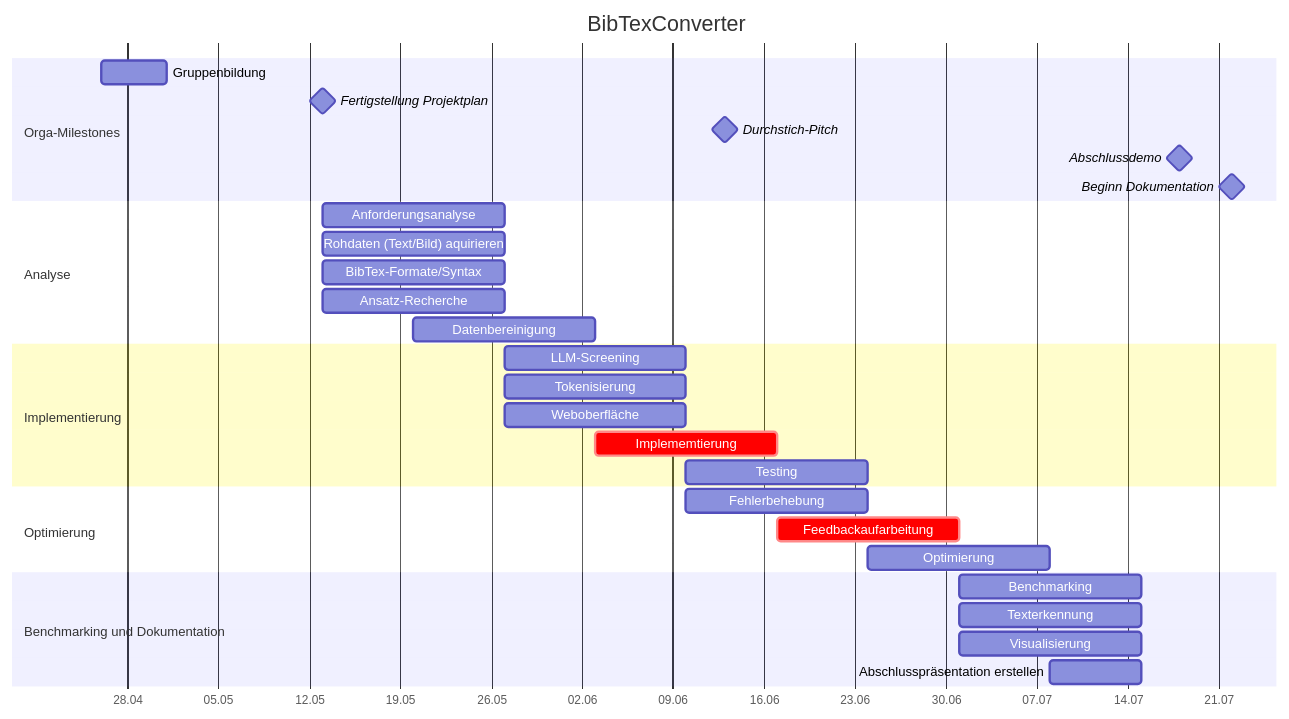
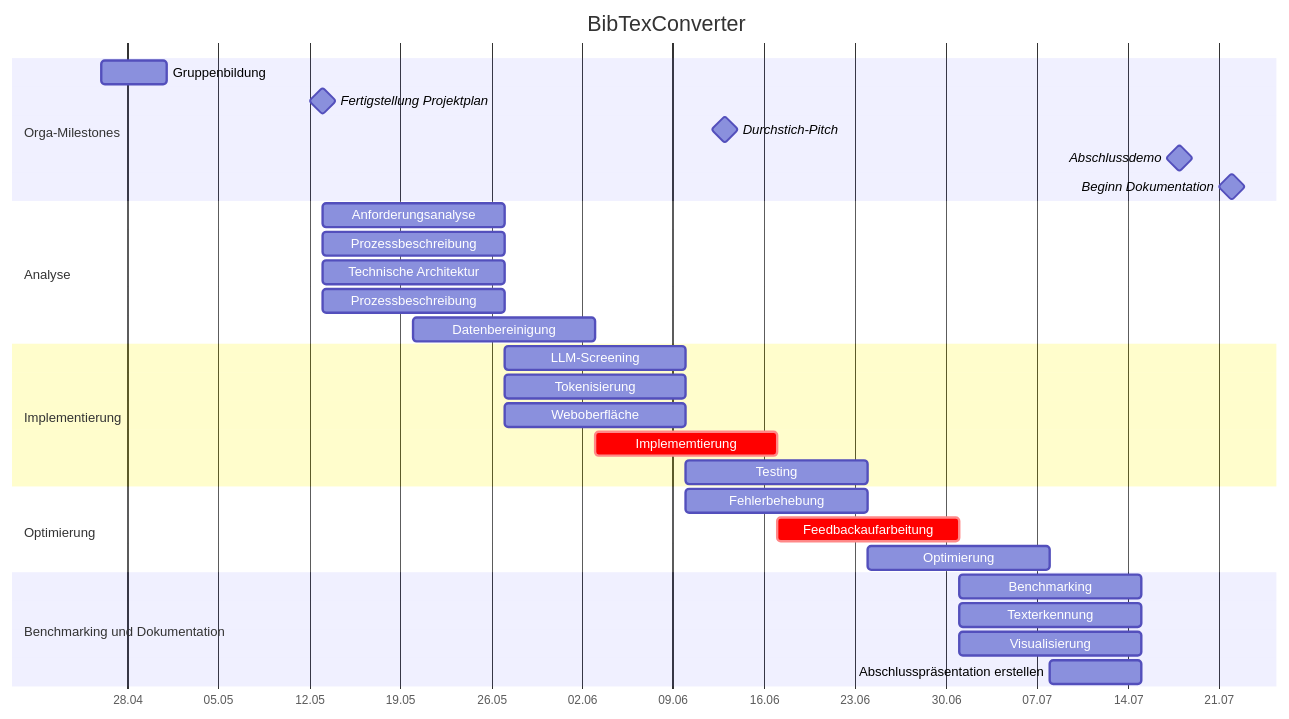
Before and after one commit to LaGit93/bibTexConverter_FaPra63065: the diagram in README.md, drawn with Mermaid.

````diff
--- a/README.md
+++ b/README.md
@@ -52,84 +52,84 @@
 ```mermaid
 gantt
     
     dateFormat  DD.MM.YYYY
     axisFormat %d.%m
     %%tickInterval 1week
     %%weekday monday
     
     title       BibTexConverter
     %%excludes    weekends
     todayMarker stroke-width:5px,stroke:#0f0,opacity:0.5
     %% oder todayMarker off 
     
     
     section Orga-Milestones
         Gruppenbildung  :des1, 26.04.2024,  5d
         Fertigstellung Projektplan:       milestone, m2, 13.05.2024,
         Durchstich-Pitch : milestone, m5, 13.06.2024, 
         Abschlussdemo:     milestone, m10, 18.07.2024,
         Beginn Dokumentation:     milestone, m20, 22.07.2024,
         %%Abgabe Dokumention:   milestone, m20, 30.09.2024,  
     
 %%    section Wochenübersicht
 %%        W1     : W1, 13.05.2024, 7d
 %%        W2     : W2, 20.05.2024, 7d
 %%        W3     : W3, 27.05.2024, 7d
 %%        W4     : W4, 03.06.2024, 7d
 %%        W5     : W5, 10.06.2024, 7d
 %%        W6     : W6, 17.06.2024, 7d
 %%        W7     : W7, 24.06.2024, 7d
 %%        W8     : W8, 01.07.2024, 7d
 %%        W9     : W9, 08.07.2024, 7d
 %%        W10    : W10, 15.07.2024, 7d
 
     section Analyse
     
         Anforderungsanalyse: P01, 13.05.2024, 14d
-        Rohdaten (Text/Bild) aquirieren: P01, 13.05.2024, 14d
-        BibTex-Formate/Syntax : P03, 13.05.2024, 14d
-        Ansatz-Recherche : P05, 13.05.2024, 14d
+        Prozessbeschreibung: P01, 13.05.2024, 14d
+        Technische Architektur : P03, 13.05.2024, 14d
+        Prozessbeschreibung : P05, 13.05.2024, 14d
         Datenbereinigung : P07, 20.05.2024, 14d
     
     section Implementierung 
         
         LLM-Screening : P07, 27.05.2024, 14d
         Tokenisierung : P08, 27.05.2024, 14d
         Weboberfläche : P9, 27.05.2024, 14d
         Implememtierung : crit, P10, 03.06.2024, 14d
         Testing: P11, 10.06.2024, 14d
     
     section Optimierung 
         Fehlerbehebung : P13, 10.06.2024, 14d
         Feedbackaufarbeitung : crit,P12, 17.06.2024, 14d
         Optimierung : P14, 24.06.2024, 14d
         
     section Benchmarking und Dokumentation  
         Benchmarking : P16, 01.07.2024, 14d
         Texterkennung : P17, 01.07.2024, 14d
         Visualisierung : P18, 01.07.2024, 14d
         Abschlusspräsentation erstellen : P18, 08.07.2024, 7d
 
 
 %%    section Lars
 %%        Task1    : L1, 13.05.2024, 7d
 %%        Task2    : L2, after L1, 7d
 %%        Task3    : L3, after L2, 7d
         
 %%    section David
 %%        Task1    : D1, 13.05.2024, 7d
 %%        Task2    : D2, after D1, 7d
 %%        Task3    : D3, after D2, 7d
 
 %%    section Jürgen
 %%        Task1    : J1, 13.05.2024, 7d
 %%        Task2    : J2, after J1, 7d
 %%        Task3    : J3, after J2, 7d
 
 %%    section Constantin
 %%        Task1    : C1, 13.05.2024, 7d
 %%       Task2    : C2, after C1, 7d
 %%       Task3    : C3, after C2, 7d
 
     
 ```
````
